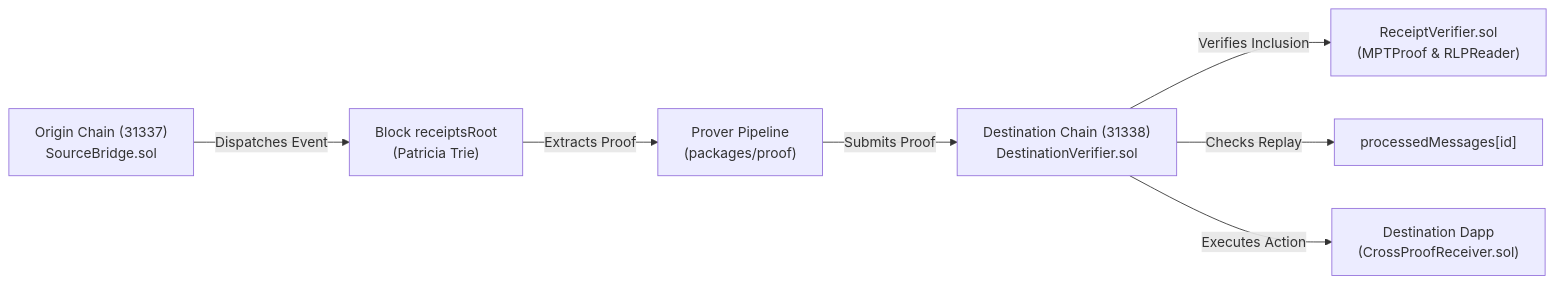
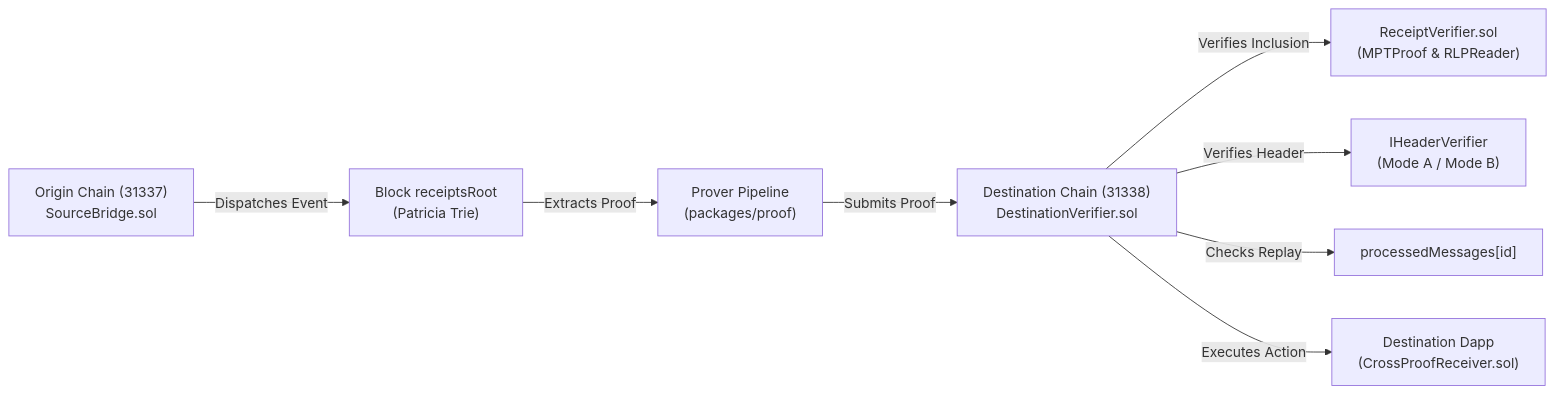
The diagram in README.md (prashantsky25-design/Codessey_Heramb-Upadhyay), drawn with Mermaid before and after one commit. The commit also changed other lines of this file and 22 other files, not shown here.

````diff
--- a/README.md
+++ b/README.md
@@ -31,9 +32,10 @@
 ```mermaid
 flowchart LR
     Source["Origin Chain (31337)\nSourceBridge.sol"] -->|Dispatches Event| Trie["Block receiptsRoot\n(Patricia Trie)"]
     Trie -->|Extracts Proof| Relayer["Prover Pipeline\n(packages/proof)"]
     Relayer -->|Submits Proof| Verifier["Destination Chain (31338)\nDestinationVerifier.sol"]
     Verifier -->|Verifies Inclusion| MPT["ReceiptVerifier.sol\n(MPTProof & RLPReader)"]
+    Verifier -->|Verifies Header| Header["IHeaderVerifier\n(Mode A / Mode B)"]
     Verifier -->|Checks Replay| Storage["processedMessages[id]"]
     Verifier -->|Executes Action| Receiver["Destination Dapp\n(CrossProofReceiver.sol)"]
 ```
````
